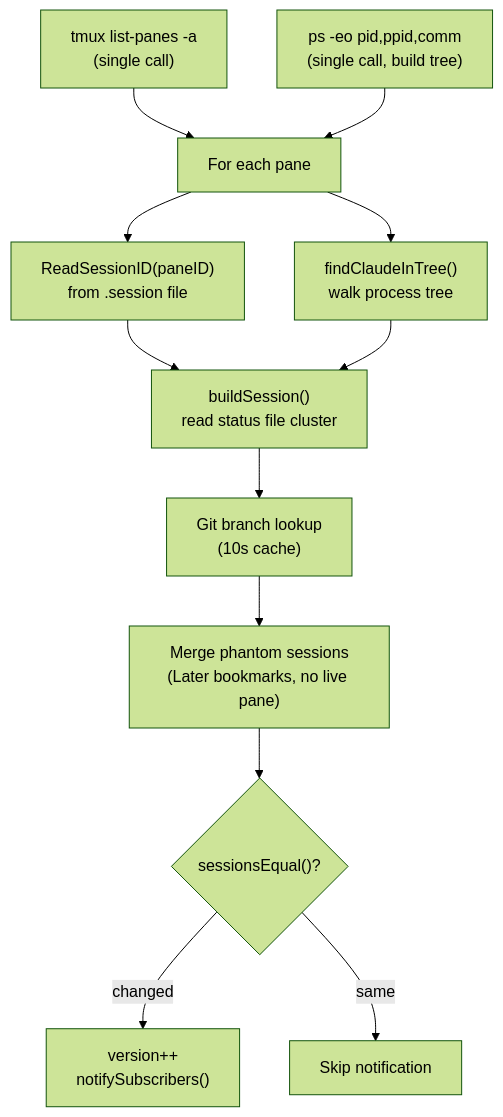
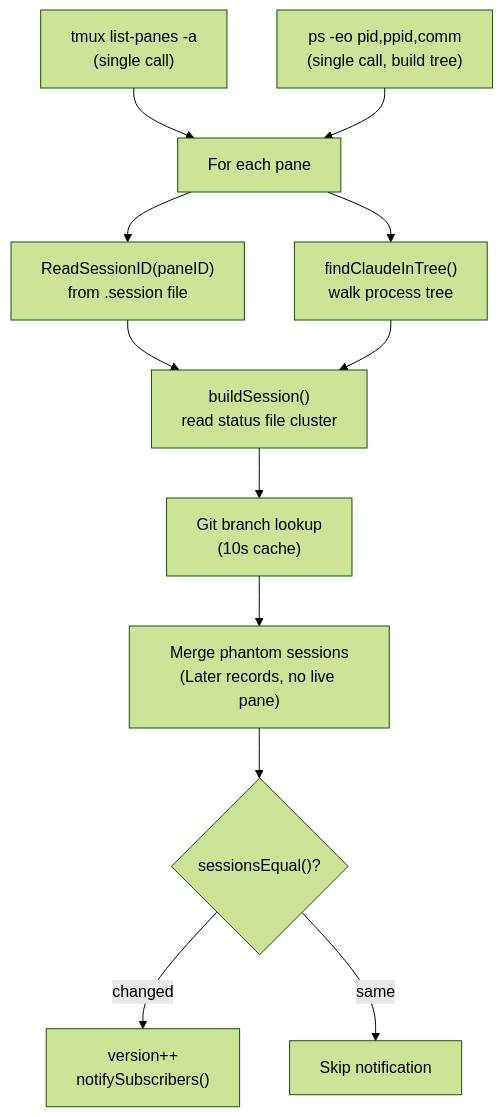
One commit to huylenq/spirit changed the fifth of 10 diagrams in docs/architecture.md. Above: the diagram before and after it, drawn with Mermaid (forest theme). The commit also changed other lines of this file and 30 other files, not shown here.

````diff
--- a/docs/architecture.md
+++ b/docs/architecture.md
@@ -160,14 +160,14 @@
 ```mermaid
 flowchart TD
     A["tmux list-panes -a<br/>(single call)"] --> C["For each pane"]
     B["ps -eo pid,ppid,comm<br/>(single call, build tree)"] --> C
     C --> D["ReadSessionID(paneID)<br/>from .session file"]
     C --> E["findClaudeInTree()<br/>walk process tree"]
     D --> F["buildSession()<br/>read status file cluster"]
     E --> F
     F --> G["Git branch lookup<br/>(10s cache)"]
-    G --> H["Merge phantom sessions<br/>(Later bookmarks, no live pane)"]
+    G --> H["Merge phantom sessions<br/>(Later records, no live pane)"]
     H --> I{"sessionsEqual()?"}
     I -->|"changed"| J["version++<br/>notifySubscribers()"]
     I -->|"same"| K["Skip notification"]
 ```
````
